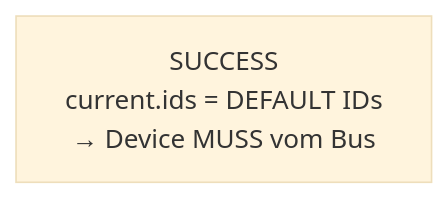
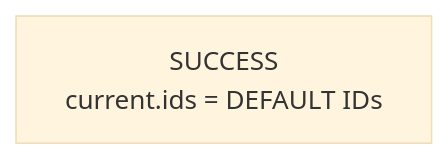
Diagram 23 of 23 in README.md (me-systeme/StartupCAN), drawn with Mermaid (base theme) before and after one commit. The commit also changed other lines of this file and 2 other files, not shown here.

````diff
--- a/README.md
+++ b/README.md
@@ -538,4 +581,4 @@
 ```mermaid
 flowchart TD
-A["SUCCESS<br/>current.ids = DEFAULT IDs<br/>→ Device MUSS vom Bus"]
+A["SUCCESS<br/>current.ids = DEFAULT IDs"]
 ```
````
